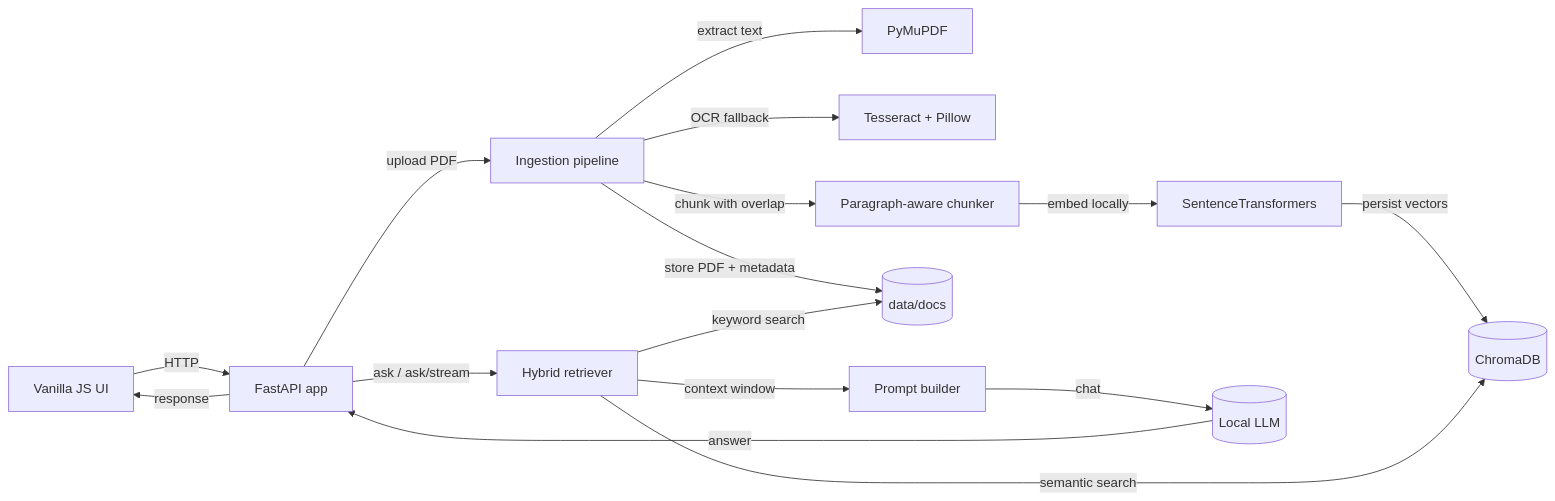
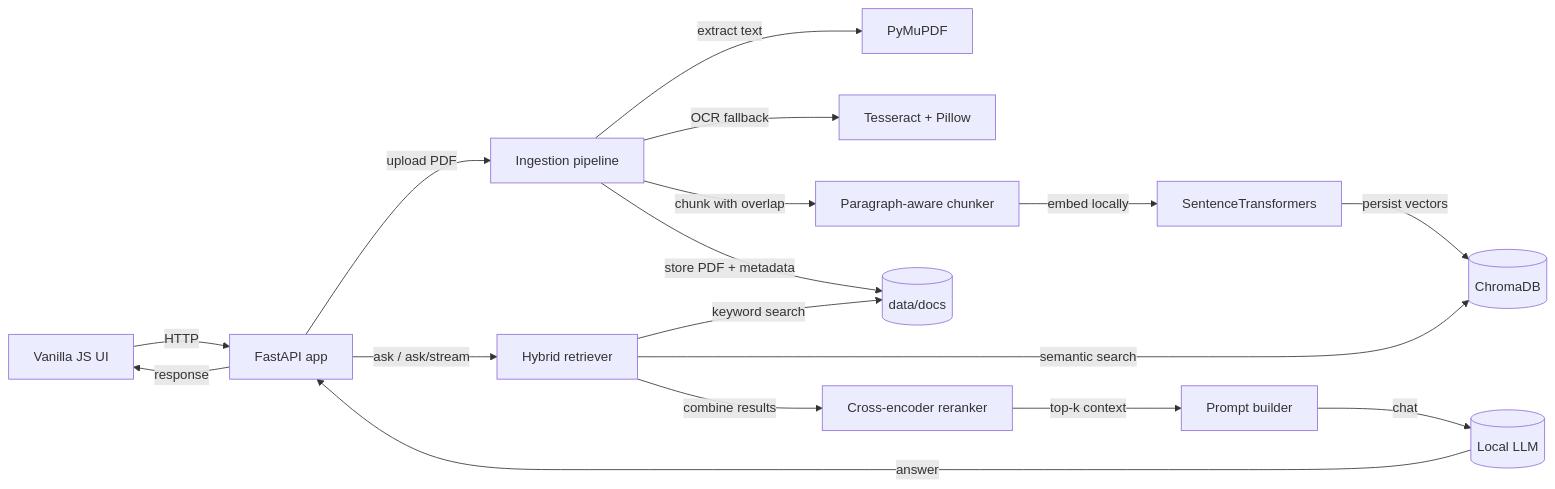
Before and after one commit to Anup806/local-letter-RAG: the diagram in README.md, drawn with Mermaid. The commit also changed other lines of this file, not shown here.

````diff
--- a/README.md
+++ b/README.md
@@ -32,20 +57,21 @@
 ```mermaid
 flowchart LR
     UI[Vanilla JS UI] -->|HTTP| API[FastAPI app]
 
     API -->|upload PDF| Ingest[Ingestion pipeline]
     Ingest -->|extract text| PDF[PyMuPDF]
     Ingest -->|OCR fallback| OCR[Tesseract + Pillow]
     Ingest -->|chunk with overlap| Chunker[Paragraph-aware chunker]
     Chunker -->|embed locally| Embedder[SentenceTransformers]
     Embedder -->|persist vectors| Chroma[(ChromaDB)]
     Ingest -->|store PDF + metadata| Docs[(data/docs)]
 
     API -->|ask / ask/stream| Retriever[Hybrid retriever]
     Retriever -->|semantic search| Chroma
     Retriever -->|keyword search| Docs
-    Retriever -->|context window| Prompt[Prompt builder]
+    Retriever -->|combine results| Reranker[Cross-encoder reranker]
+    Reranker -->|top-k context| Prompt[Prompt builder]
     Prompt -->|chat| Ollama[(Local LLM)]
     Ollama -->|answer| API
     API -->|response| UI
 ```
````
